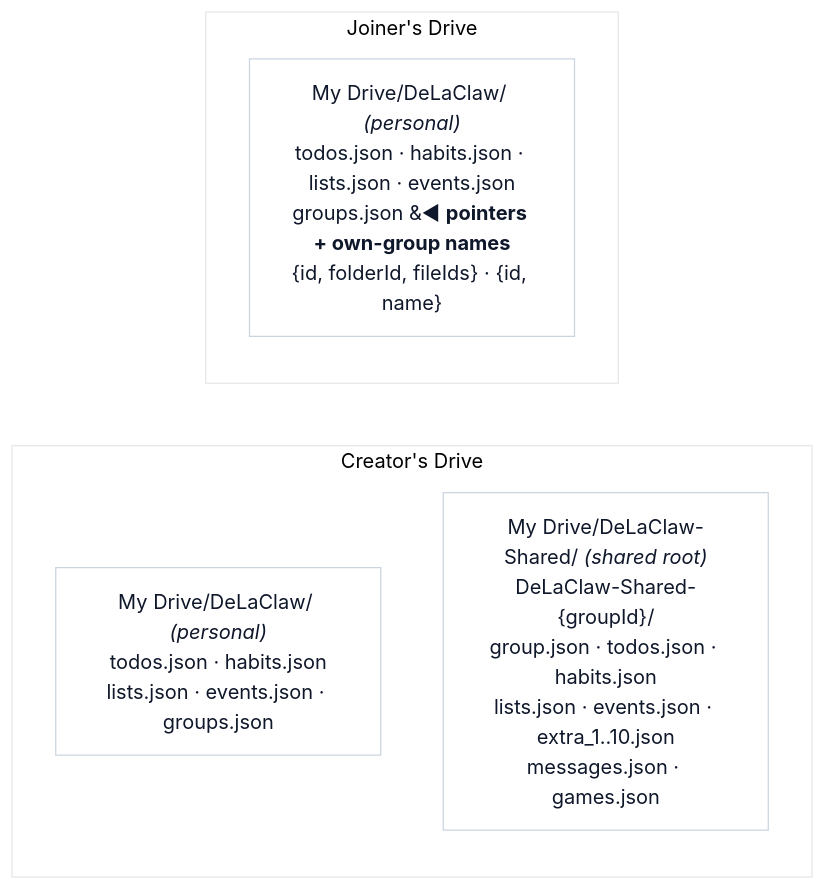
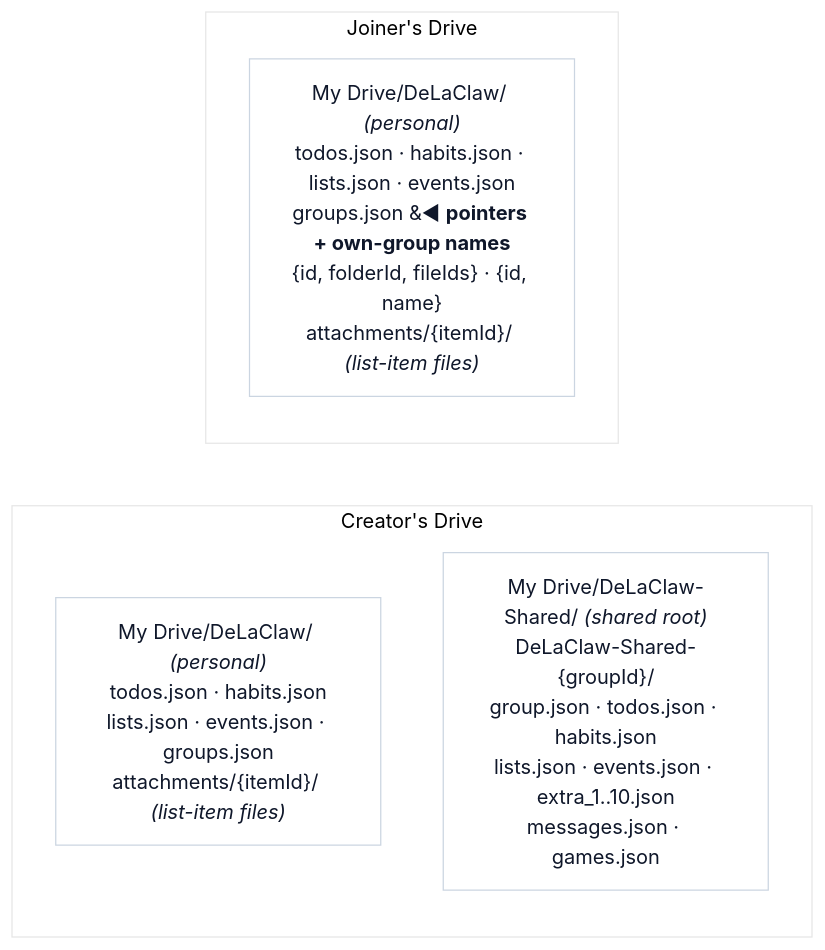
The third of 14 diagrams in docs-site/sharing.md (AntGro/DeLaClaw), drawn with Mermaid before and after one commit. The commit also changed other lines of this file and 96 other files, not shown here.

````diff
--- a/docs-site/sharing.md
+++ b/docs-site/sharing.md
@@ -72,13 +72,13 @@
 ```mermaid
 %%{init: {'theme': 'base', 'themeVariables': {'background': '#fbfaf8', 'primaryColor': '#ffffff', 'primaryBorderColor': '#cbd5e1', 'primaryTextColor': '#0f172a', 'lineColor': '#334155'}}}%%
 flowchart LR
     subgraph CD["Creator's Drive"]
         direction TB
-        CDP["My Drive/DeLaClaw/ <i>(personal)</i><br/>todos.json · habits.json<br/>lists.json · events.json · groups.json"]
+        CDP["My Drive/DeLaClaw/ <i>(personal)</i><br/>todos.json · habits.json<br/>lists.json · events.json · groups.json<br/>attachments/{itemId}/ <i>(list-item files)</i>"]
         CDS["My Drive/DeLaClaw-Shared/ <i>(shared root)</i><br/>DeLaClaw-Shared-{groupId}/<br/>group.json · todos.json · habits.json<br/>lists.json · events.json · extra_1..10.json<br/>messages.json · games.json"]
     end
     subgraph JD["Joiner's Drive"]
         direction TB
-        JDP["My Drive/DeLaClaw/ <i>(personal)</i><br/>todos.json · habits.json · lists.json · events.json<br/>groups.json &#9668; <b>pointers + own-group names</b><br/>{id, folderId, fileIds} · {id, name}"]
+        JDP["My Drive/DeLaClaw/ <i>(personal)</i><br/>todos.json · habits.json · lists.json · events.json<br/>groups.json &#9668; <b>pointers + own-group names</b><br/>{id, folderId, fileIds} · {id, name}<br/>attachments/{itemId}/ <i>(list-item files)</i>"]
     end
 ```
````
